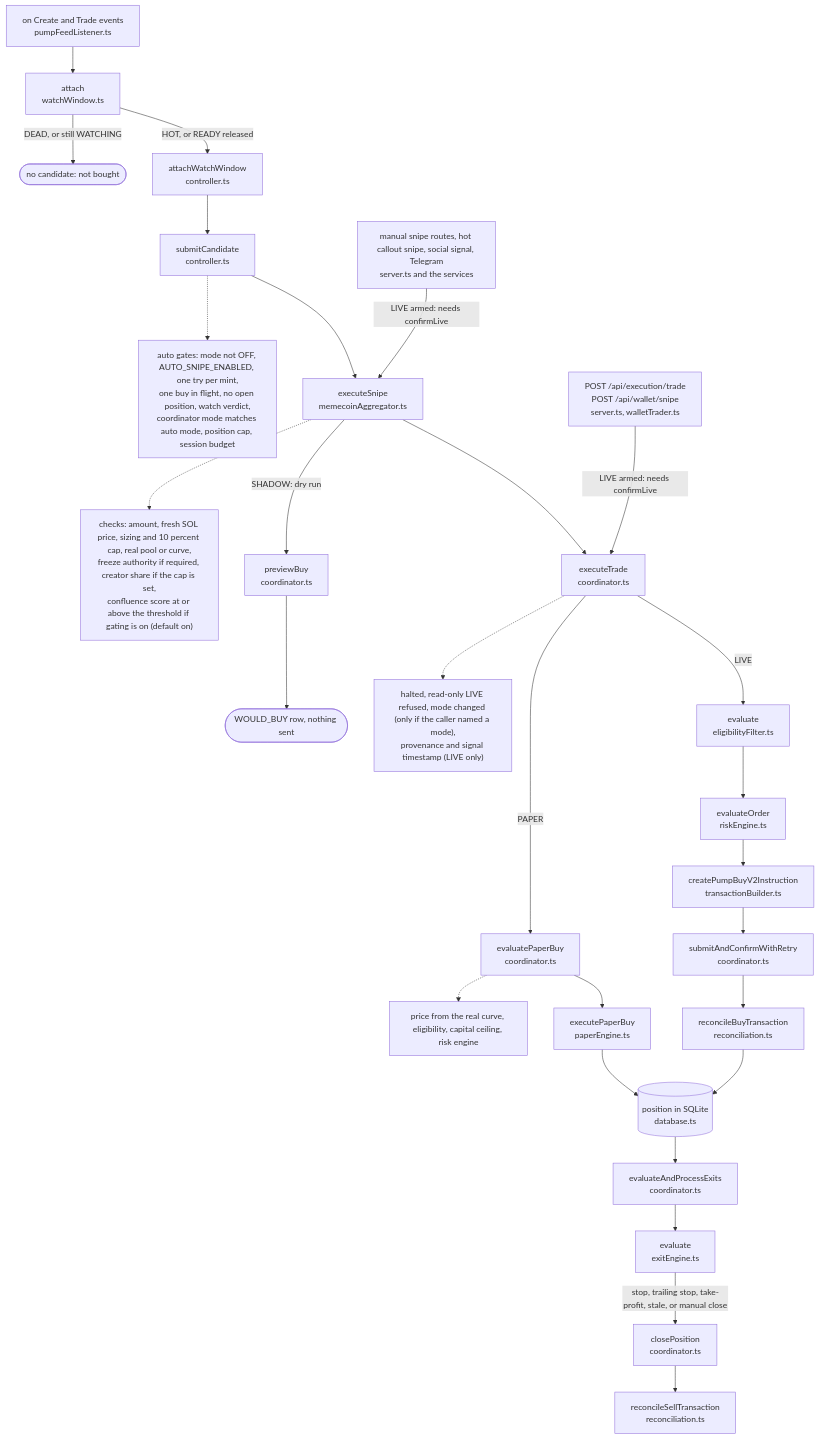
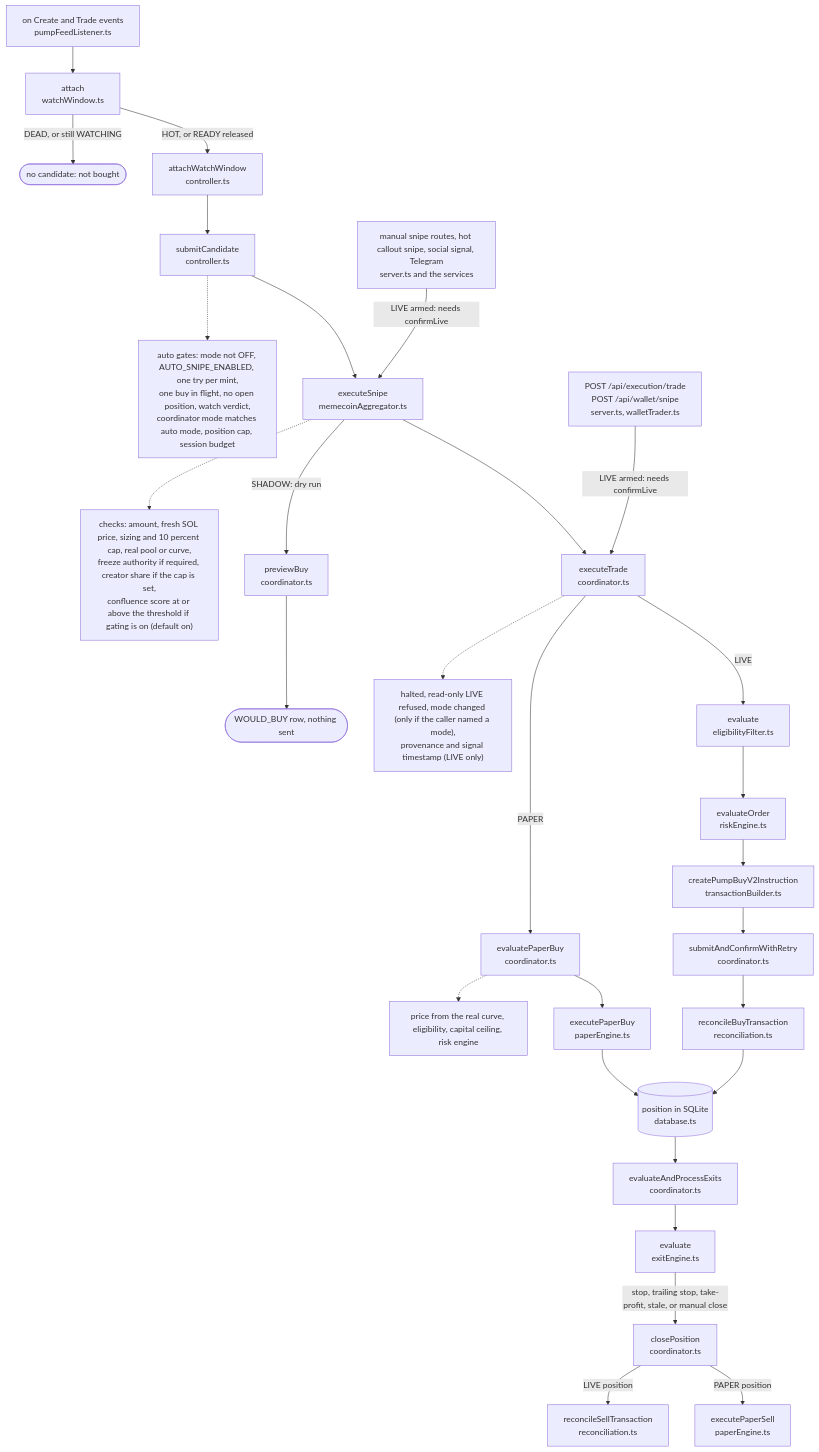
Before and after one commit to ttcdm/hft: the first of 3 diagrams in docs/ARCHITECTURE.md, drawn with Mermaid. The commit also changed other lines of this file and 7 other files, not shown here.

````diff
--- a/docs/ARCHITECTURE.md
+++ b/docs/ARCHITECTURE.md
@@ -42,30 +42,31 @@
 ```mermaid
 flowchart TD
   feed["on Create and Trade events<br/>pumpFeedListener.ts"] --> ww["attach<br/>watchWindow.ts"]
   ww -->|"DEAD, or still WATCHING"| dropped(["no candidate: not bought"])
   ww -->|"HOT, or READY released"| att["attachWatchWindow<br/>controller.ts"]
   att --> sub["submitCandidate<br/>controller.ts"]
   sub -.-> subg["auto gates: mode not OFF, AUTO_SNIPE_ENABLED, one try per mint,<br/>one buy in flight, no open position, watch verdict,<br/>coordinator mode matches auto mode, position cap, session budget"]
   sub --> snipe["executeSnipe<br/>memecoinAggregator.ts"]
   manual["manual snipe routes, hot callout snipe, social signal, Telegram<br/>server.ts and the services"] -->|"LIVE armed: needs confirmLive"| snipe
   snipe -.-> snipeg["checks: amount, fresh SOL price, sizing and 10 percent cap, real pool or curve,<br/>freeze authority if required, creator share if the cap is set,<br/>confluence score at or above the threshold if gating is on (default on)"]
   snipe -->|"SHADOW: dry run"| prev["previewBuy<br/>coordinator.ts"]
   prev --> would(["WOULD_BUY row, nothing sent"])
   snipe --> exec["executeTrade<br/>coordinator.ts"]
   direct["POST /api/execution/trade<br/>POST /api/wallet/snipe<br/>server.ts, walletTrader.ts"] -->|"LIVE armed: needs confirmLive"| exec
   exec -.-> execg["halted, read-only LIVE refused, mode changed (only if the caller named a mode),<br/>provenance and signal timestamp (LIVE only)"]
   exec -->|"PAPER"| pgate["evaluatePaperBuy<br/>coordinator.ts"]
   pgate -.-> pgateg["price from the real curve, eligibility, capital ceiling, risk engine"]
   pgate --> pfill["executePaperBuy<br/>paperEngine.ts"]
   exec -->|"LIVE"| elig["evaluate<br/>eligibilityFilter.ts"]
   elig --> risk["evaluateOrder<br/>riskEngine.ts"]
   risk --> build["createPumpBuyV2Instruction<br/>transactionBuilder.ts"]
   build --> send["submitAndConfirmWithRetry<br/>coordinator.ts"]
   send --> recon["reconcileBuyTransaction<br/>reconciliation.ts"]
   pfill --> pos[("position in SQLite<br/>database.ts")]
   recon --> pos
   pos --> exits["evaluateAndProcessExits<br/>coordinator.ts"]
   exits --> rule["evaluate<br/>exitEngine.ts"]
   rule -->|"stop, trailing stop, take-profit, stale, or manual close"| close["closePosition<br/>coordinator.ts"]
-  close --> sell["reconcileSellTransaction<br/>reconciliation.ts"]
+  close -->|"LIVE position"| sell["reconcileSellTransaction<br/>reconciliation.ts"]
+  close -->|"PAPER position"| psell["executePaperSell<br/>paperEngine.ts"]
 ```
````
